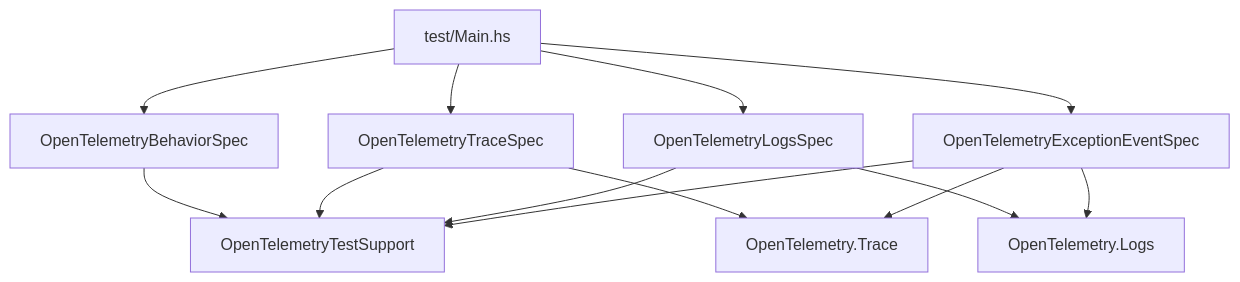
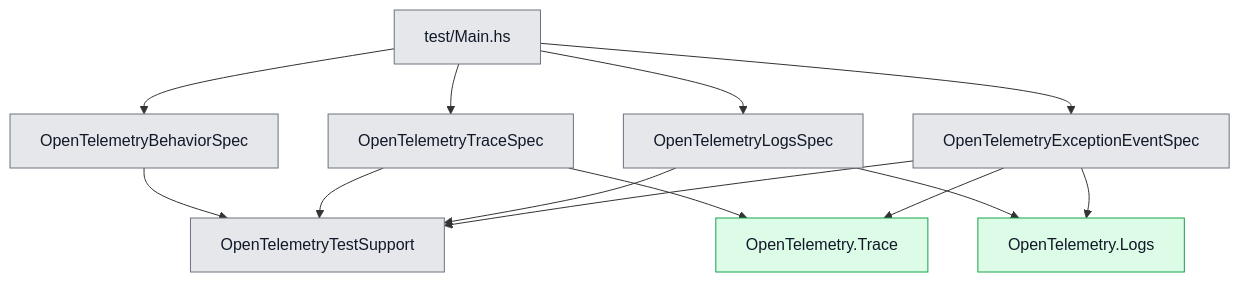
The fourth of 4 diagrams in Notes/RAGScope/RAGScopeアプリケーション/RAGScopeアプリケーション Haskellライブラリ・モジュールマップ.md (takashit16833/Workbench), drawn with Mermaid before and after one commit. The commit also changed other lines of this file, not shown here.

Commit message:
Mermaid図に色分けを適用

````diff
--- a/Notes/RAGScope/RAGScopeアプリケーション/RAGScopeアプリケーション Haskellライブラリ・モジュールマップ.md
+++ b/Notes/RAGScope/RAGScopeアプリケーション/RAGScopeアプリケーション Haskellライブラリ・モジュールマップ.md
@@ -92,24 +122,30 @@
 ```mermaid
 flowchart TB
   main["test/Main.hs"]
   behavior["OpenTelemetryBehaviorSpec"]
   traceSpec["OpenTelemetryTraceSpec"]
   logsSpec["OpenTelemetryLogsSpec"]
   exceptionSpec["OpenTelemetryExceptionEventSpec"]
   support["OpenTelemetryTestSupport"]
 
   main --> behavior
   main --> traceSpec
   main --> logsSpec
   main --> exceptionSpec
 
   behavior --> support
   traceSpec --> support
   logsSpec --> support
   exceptionSpec --> support
 
   traceSpec --> otTrace["OpenTelemetry.Trace"]
   logsSpec --> otLogs["OpenTelemetry.Logs"]
   exceptionSpec --> otTrace
   exceptionSpec --> otLogs
+
+  classDef adapterStyle fill:#dcfce7,stroke:#16a34a,color:#111827
+  classDef testStyle fill:#e5e7eb,stroke:#6b7280,color:#111827
+
+  class main,behavior,traceSpec,logsSpec,exceptionSpec,support testStyle
+  class otTrace,otLogs adapterStyle
 ```
````
